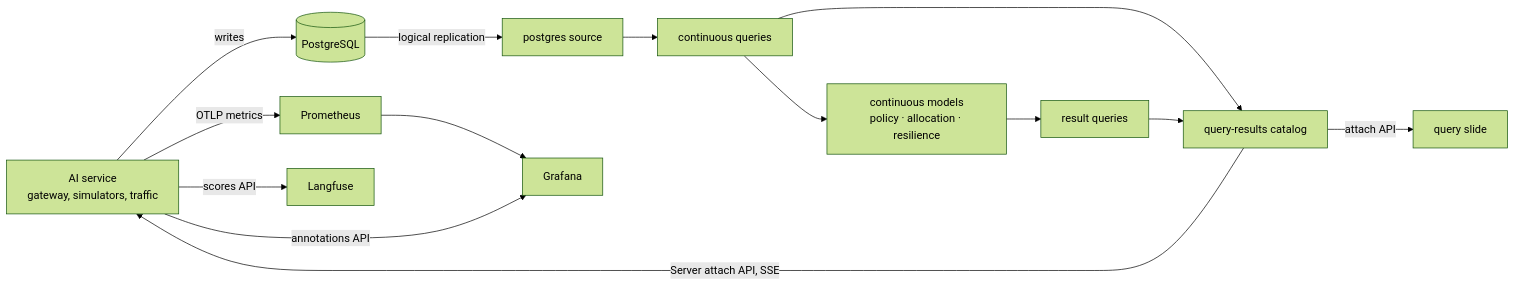
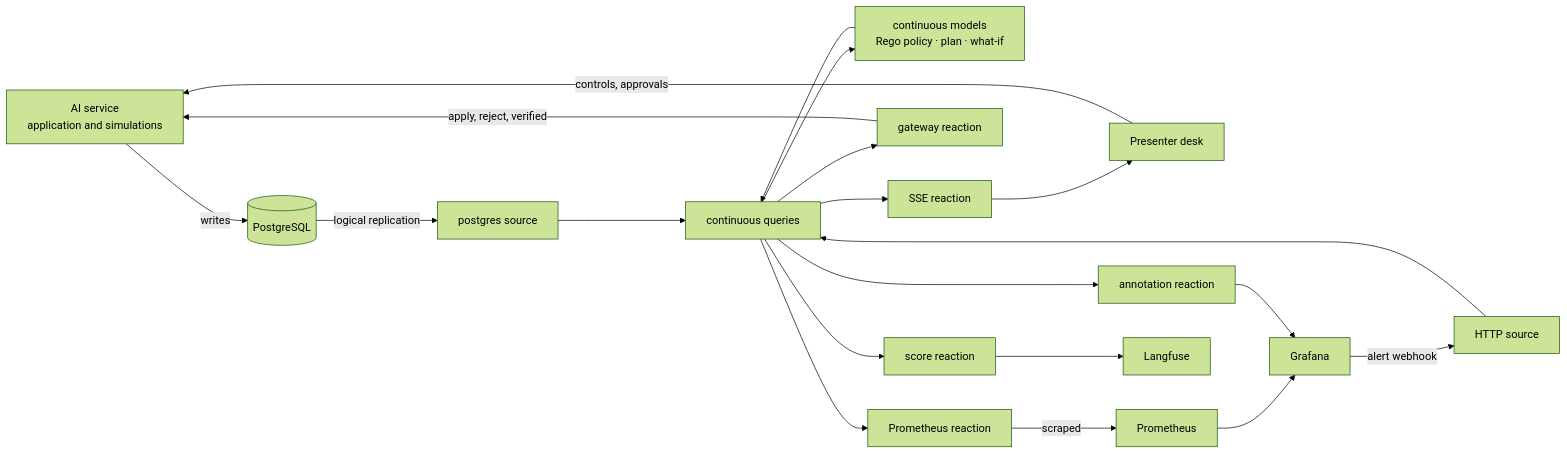
Before and after one commit to drasi-project/community: the diagram in presentations/2026-11-19_Ignite/DRASI.md, drawn with Mermaid (forest theme). The commit also changed other lines of this file and 12 other files, not shown here.

````diff
--- a/presentations/2026-11-19_Ignite/DRASI.md
+++ b/presentations/2026-11-19_Ignite/DRASI.md
@@ -21,15 +22,15 @@
 ```mermaid
 flowchart LR
-  AI[AI service<br/>gateway, simulators, traffic] -- writes --> PG[(PostgreSQL)]
+  AI[AI service<br/>application and simulations] -- writes --> PG[(PostgreSQL)]
+  DESK[Presenter desk] -- controls, approvals --> AI
   PG -- logical replication --> SRC[postgres source]
   SRC --> Q[continuous queries]
-  Q --> M[continuous models<br/>policy · allocation · resilience]
-  M --> R[result queries]
-  Q --> CAT[query-results catalog]
-  R --> CAT
-  CAT -- Server attach API, SSE --> AI
-  AI -- OTLP metrics --> PROM[Prometheus] --> GRAF[Grafana]
-  AI -- annotations API --> GRAF
-  AI -- scores API --> LF[Langfuse]
-  CAT -- attach API --> SLIDE[query slide]
+  Q --> M[continuous models<br/>Rego policy · plan · what-if]
+  M --> Q
+  Q --> PROM[Prometheus reaction] -- scraped --> P[Prometheus] --> GRAF[Grafana]
+  Q --> GW[gateway reaction] -- apply, reject, verified --> AI
+  Q --> ANN[annotation reaction] --> GRAF
+  Q --> SC[score reaction] --> LF[Langfuse]
+  Q --> SSE[SSE reaction] --> DESK
+  GRAF -- alert webhook --> HTTP[HTTP source] --> Q
 ```
````
